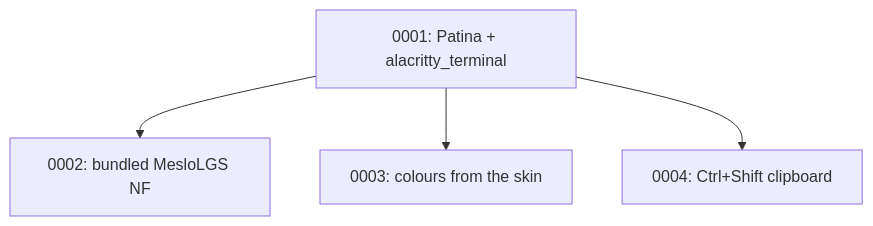
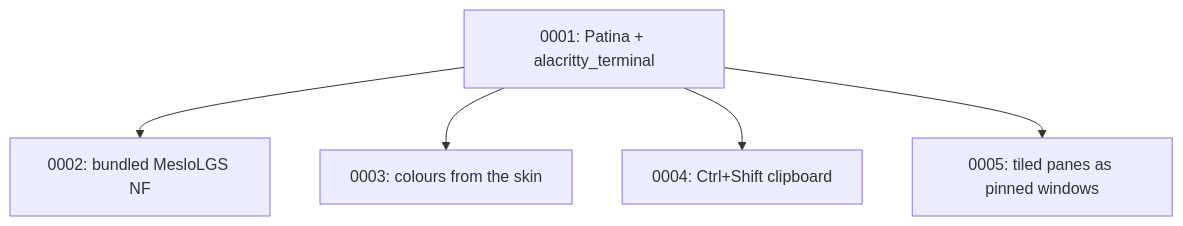
One commit to Sector-F-Labs/teleprinter changed the diagram in docs/adr/README.md. Above: the diagram before and after it, drawn with Mermaid. The commit also changed other lines of this file and 12 other files, not shown here.

First line of the commit message:
Split into tiled panes, swapped by dragging their title bars

````diff
--- a/docs/adr/README.md
+++ b/docs/adr/README.md
@@ -52,6 +53,7 @@
 ```mermaid
 flowchart TD
     A[0001: Patina + alacritty_terminal] --> B[0002: bundled MesloLGS NF]
     A --> C[0003: colours from the skin]
     A --> D[0004: Ctrl+Shift clipboard]
+    A --> E[0005: tiled panes as pinned windows]
 ```
````
